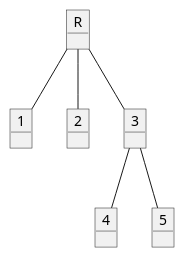
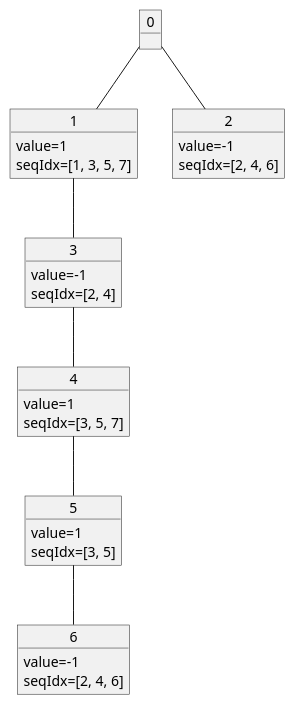
The diagram in tree.puml (ttekesuke/MelodyToLOUDS-Trie), drawn with PlantUML before and after one commit. The commit also changed other lines of this file and 3 other files, not shown here.

```diff
--- a/tree.puml
+++ b/tree.puml
@@ -1,14 +2,27 @@
 @startuml tree_diagram
-'作成中
-object R
+object 0
 object 1
+1 : value=1
+1 : seqIdx=[1, 3, 5, 7]
 object 2
+2 : value=-1
+2 : seqIdx=[2, 4, 6]
 object 3
+3 : value=-1
+3 : seqIdx=[2, 4]
 object 4
+4 : value=1
+4 : seqIdx=[3, 5, 7]
 object 5
-R -- 1
-R -- 2
-R -- 3
-3 -- 4
-3 -- 5
+5 : value=1
+5 : seqIdx=[3, 5]
+object 6
+6 : value=-1
+6 : seqIdx=[2, 4, 6]
+0--1
+0--2
+1--3
+3--4
+4--5
+5--6
 @enduml
```
